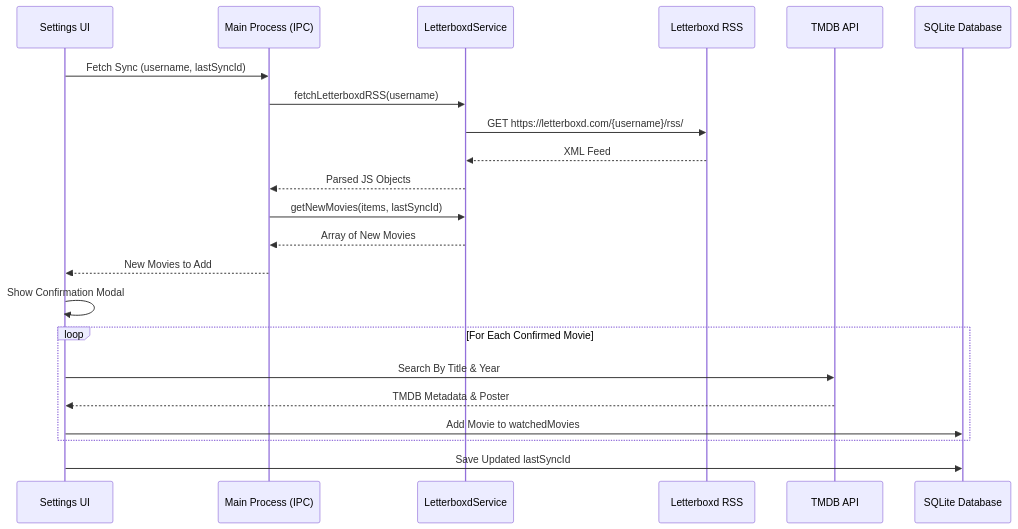
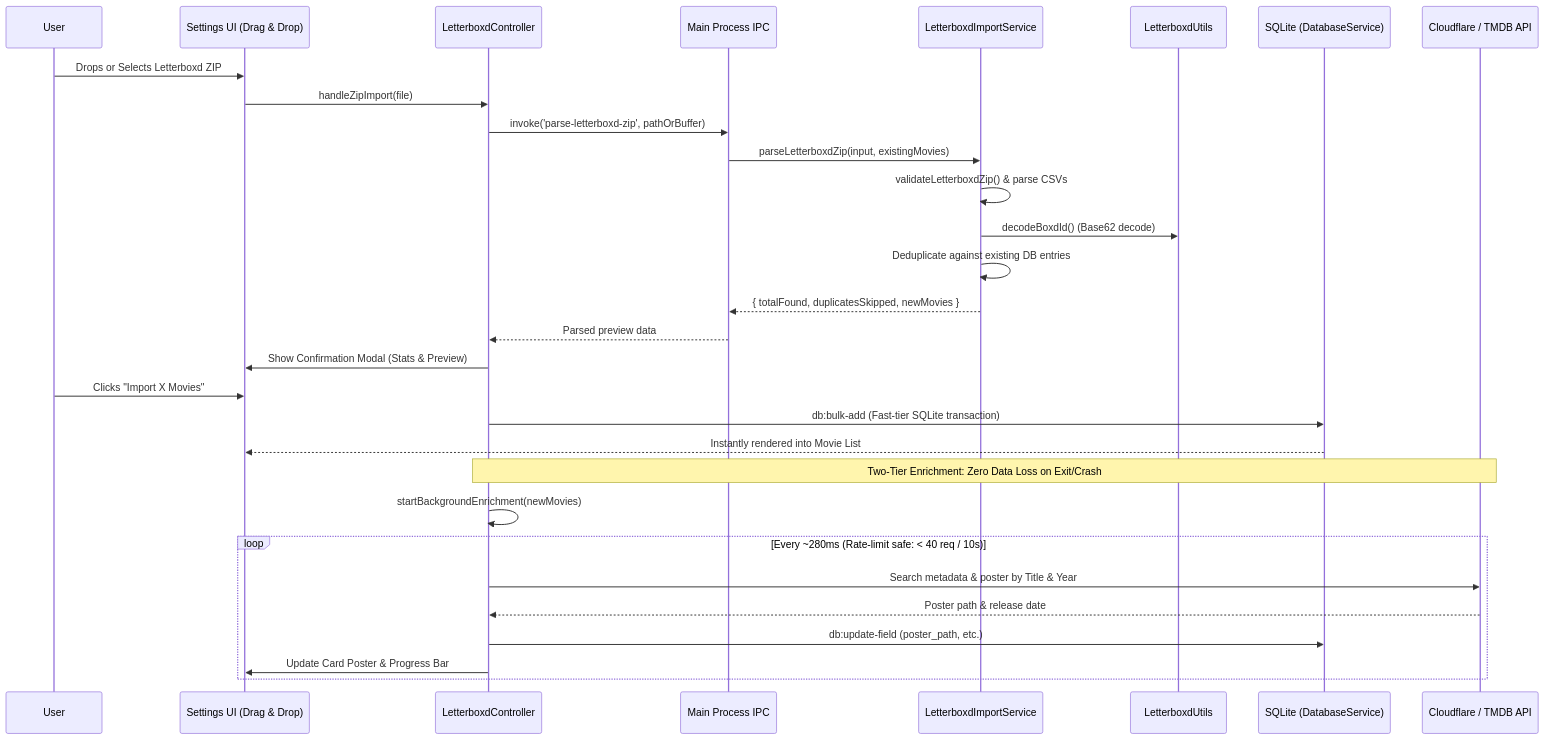
Before and after one commit to Mikko5/Movie-Tracker-App: the diagram in docs/LETTERBOXD_SYNC.md, drawn with Mermaid. The commit also changed other lines of this file and 29 other files, not shown here.

First line of the commit message:
Add Letterboxd bulk import and seed tooling

````diff
--- a/docs/LETTERBOXD_SYNC.md
+++ b/docs/LETTERBOXD_SYNC.md
@@ -15,28 +26,35 @@
 ```mermaid
 sequenceDiagram
-    participant UI as Settings UI
-    participant Main as Main Process (IPC)
-    participant LbSvc as LetterboxdService
-    participant RSS as Letterboxd RSS
-    participant TMDB as TMDB API
-    participant Local as SQLite Database
- 
-    UI->>Main: Fetch Sync (username, lastSyncId)
-    Main->>LbSvc: fetchLetterboxdRSS(username)
-    LbSvc->>RSS: GET https://letterboxd.com/{username}/rss/
-    RSS-->>LbSvc: XML Feed
-    LbSvc-->>Main: Parsed JS Objects
-    Main->>LbSvc: getNewMovies(items, lastSyncId)
-    LbSvc-->>Main: Array of New Movies
-    Main-->>UI: New Movies to Add
+    participant User as User
+    participant UI as Settings UI (Drag & Drop)
+    participant Ctrl as LetterboxdController
+    participant IPC as Main Process IPC
+    participant Svc as LetterboxdImportService
+    participant Utils as LetterboxdUtils
+    participant DB as SQLite (DatabaseService)
+    participant TMDB as Cloudflare / TMDB API
+
+    User->>UI: Drops or Selects Letterboxd ZIP
+    UI->>Ctrl: handleZipImport(file)
+    Ctrl->>IPC: invoke('parse-letterboxd-zip', pathOrBuffer)
+    IPC->>Svc: parseLetterboxdZip(input, existingMovies)
+    Svc->>Svc: validateLetterboxdZip() & parse CSVs
+    Svc->>Utils: decodeBoxdId() (Base62 decode)
+    Svc->>Svc: Deduplicate against existing DB entries
+    Svc-->>IPC: { totalFound, duplicatesSkipped, newMovies }
+    IPC-->>Ctrl: Parsed preview data
+    Ctrl->>UI: Show Confirmation Modal (Stats & Preview)
     
-    UI->>UI: Show Confirmation Modal
+    User->>UI: Clicks "Import X Movies"
+    Ctrl->>DB: db:bulk-add (Fast-tier SQLite transaction)
+    DB-->>UI: Instantly rendered into Movie List
     
-    loop For Each Confirmed Movie
-        UI->>TMDB: Search By Title & Year
-        TMDB-->>UI: TMDB Metadata & Poster
-        UI->>Local: Add Movie to watchedMovies
+    Note over Ctrl, TMDB: Two-Tier Enrichment: Zero Data Loss on Exit/Crash
+    Ctrl->>Ctrl: startBackgroundEnrichment(newMovies)
+    loop Every ~280ms (Rate-limit safe: < 40 req / 10s)
+        Ctrl->>TMDB: Search metadata & poster by Title & Year
+        TMDB-->>Ctrl: Poster path & release date
+        Ctrl->>DB: db:update-field (poster_path, etc.)
+        Ctrl->>UI: Update Card Poster & Progress Bar
     end
-    
-    UI->>Local: Save Updated lastSyncId
 ```
````
